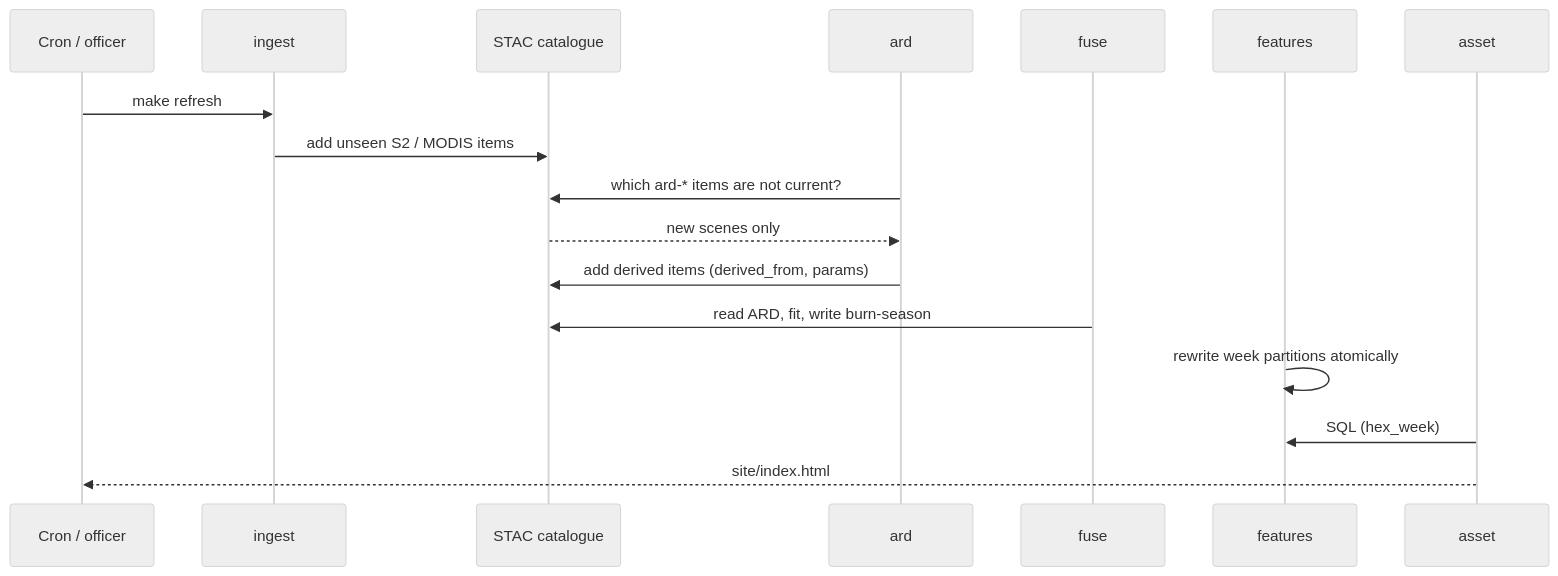
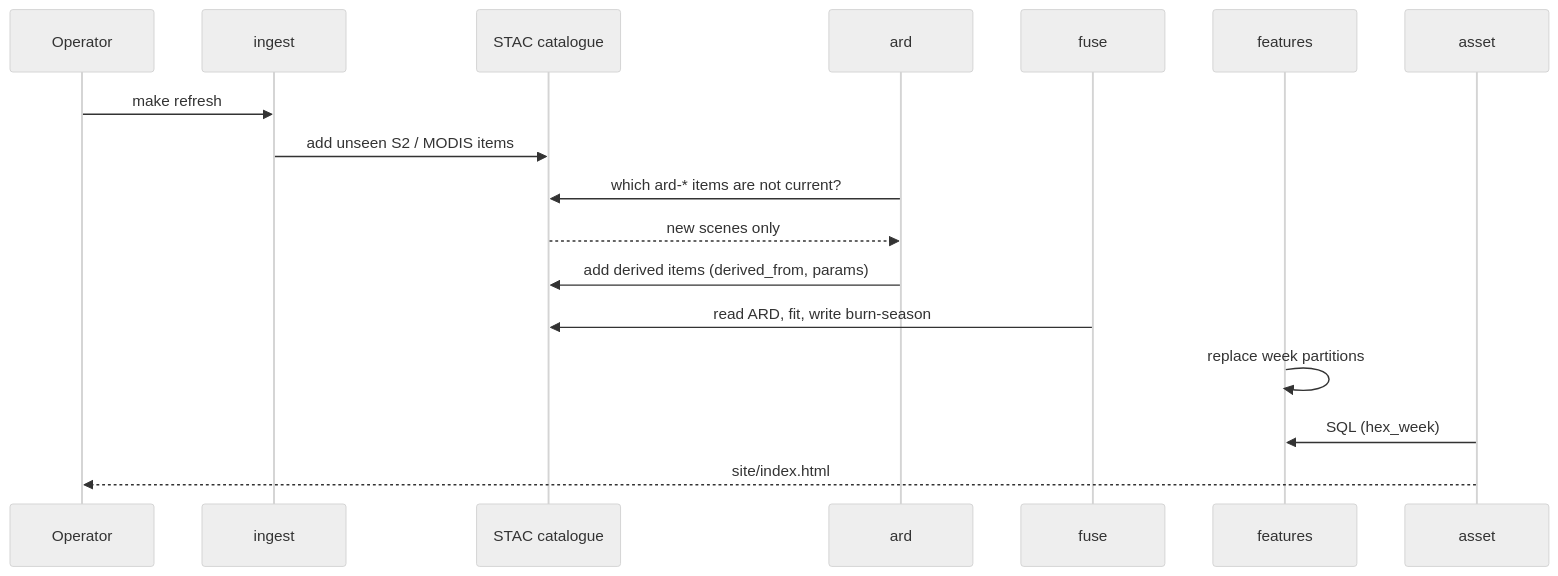
One commit to shuhulx/parali-watch changed the first of 2 diagrams in docs/ARCHITECTURE.md. Above: the diagram before and after it, drawn with Mermaid (neutral theme). The commit also changed other lines of this file and 15 other files, not shown here.

````diff
--- a/docs/ARCHITECTURE.md
+++ b/docs/ARCHITECTURE.md
@@ -70,19 +72,19 @@
 ```mermaid
 sequenceDiagram
-    participant U as Cron / officer
+    participant U as Operator
     participant I as ingest
     participant C as STAC catalogue
     participant A as ard
     participant F as fuse
     participant S as features
     participant W as asset
     U->>I: make refresh
     I->>C: add unseen S2 / MODIS items
     A->>C: which ard-* items are not current?
     C-->>A: new scenes only
     A->>C: add derived items (derived_from, params)
     F->>C: read ARD, fit, write burn-season
-    S->>S: rewrite week partitions atomically
+    S->>S: replace week partitions
     W->>S: SQL (hex_week)
     W-->>U: site/index.html
 ```
````
